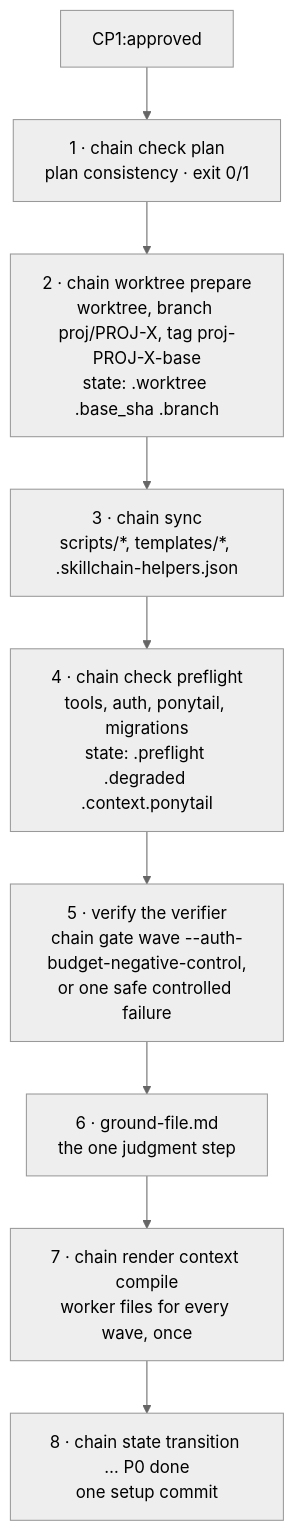
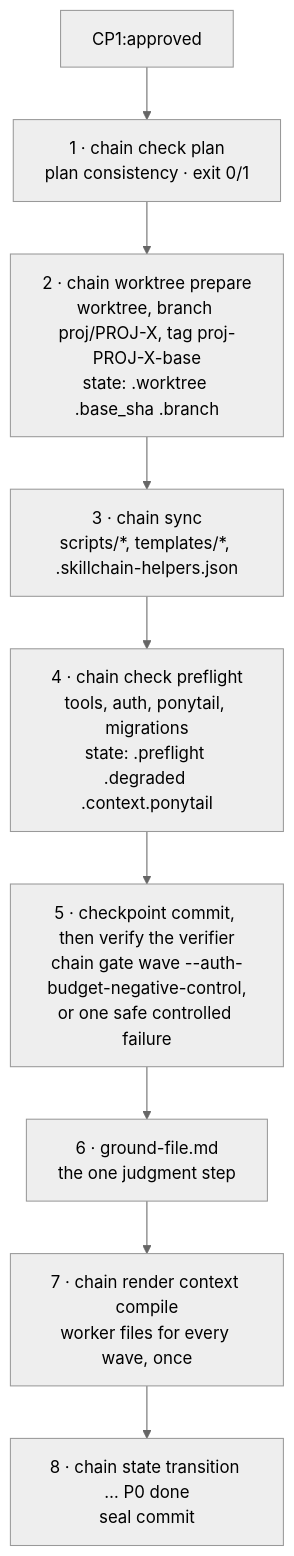
One commit to lycantropus/agentic-development-skill-chain changed the diagram in docs/how-it-works.md. Above: the diagram before and after it, drawn with Mermaid (neutral theme). The commit also changed 8 other files, not shown here.

First line of the commit message:
docs(chain): settle E2 and G2-G5 (P0 checkpoint commit, no queue, optional enforcer, Claude-only settings, one install unit)

````diff
--- a/docs/how-it-works.md
+++ b/docs/how-it-works.md
@@ -48,11 +48,11 @@
 ```mermaid
 flowchart TD
   CP1["CP1:approved"] --> A["1 · chain check plan<br/>plan consistency · exit 0/1"]
   A --> B["2 · chain worktree prepare<br/>worktree, branch proj/PROJ-X, tag proj-PROJ-X-base<br/>state: .worktree .base_sha .branch"]
   B --> C["3 · chain sync<br/>scripts/*, templates/*, .skillchain-helpers.json"]
   C --> D["4 · chain check preflight<br/>tools, auth, ponytail, migrations<br/>state: .preflight .degraded .context.ponytail"]
-  D --> E["5 · verify the verifier<br/>chain gate wave --auth-budget-negative-control,<br/>or one safe controlled failure"]
+  D --> E["5 · checkpoint commit, then verify the verifier<br/>chain gate wave --auth-budget-negative-control,<br/>or one safe controlled failure"]
   E --> F["6 · ground-file.md<br/>the one judgment step"]
   F --> G["7 · chain render context compile<br/>worker files for every wave, once"]
-  G --> H["8 · chain state transition … P0 done<br/>one setup commit"]
+  G --> H["8 · chain state transition … P0 done<br/>seal commit"]
 ```
````
